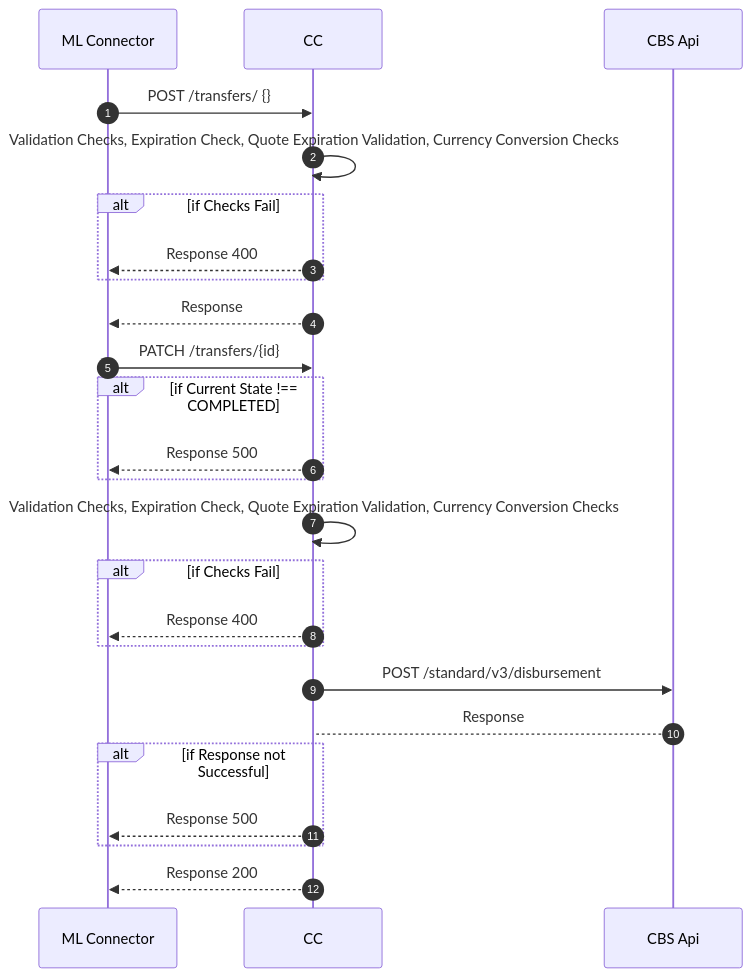
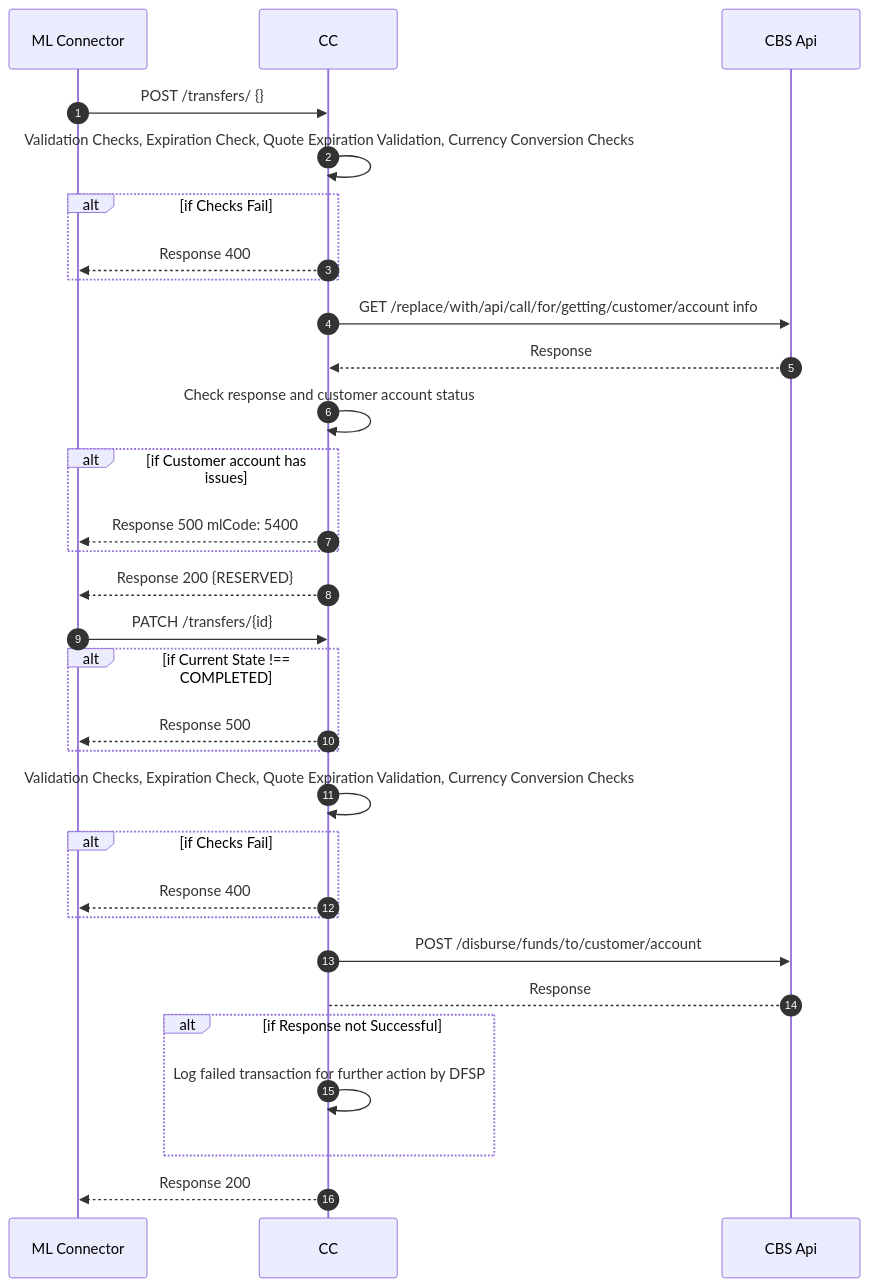
One commit to mojaloop/ml-reference-connectors changed the diagram in core-connector-template/docs/payee-transfers.md. Above: the diagram before and after it, drawn with Mermaid. The commit also changed other lines of this file and 13 other files, not shown here.

````diff
--- a/core-connector-template/docs/payee-transfers.md
+++ b/core-connector-template/docs/payee-transfers.md
@@ -2,25 +4,31 @@
 ```mermaid
 sequenceDiagram
   autoNumber
 ML Connector ->> CC:  POST /transfers/ {}
 CC->>CC:Validation Checks, Expiration Check, Quote Expiration Validation, Currency Conversion Checks
 Alt if Checks Fail
 CC-->>ML Connector: Response 400
 End
-CC-->>ML Connector: Response
+CC->>CBS Api: GET /replace/with/api/call/for/getting/customer/account info
+CBS Api-->>CC: Response 
+CC->>CC: Check response and customer account status 
+Alt if Customer account has issues 
+CC-->> ML Connector: Response 500 mlCode: 5400
+End
+CC-->>ML Connector: Response 200 {RESERVED}
 ML Connector->>CC: PATCH /transfers/{id}
 Alt if Current State !== COMPLETED
 CC-->>ML Connector: Response 500
 End
 CC->>CC: Validation Checks, Expiration Check, Quote Expiration Validation, Currency Conversion Checks
 Alt if Checks Fail
 CC-->>ML Connector: Response 400
 End
-CC->>CBS Api: POST /standard/v3/disbursement
+CC->>CBS Api: POST /disburse/funds/to/customer/account
 CBS Api-->CC: Response
 Alt if Response not Successful
-CC-->>ML Connector: Response 500
+CC->>CC: Log failed transaction for further action by DFSP
 End
 CC-->>ML Connector: Response 200
 
 ```
````
